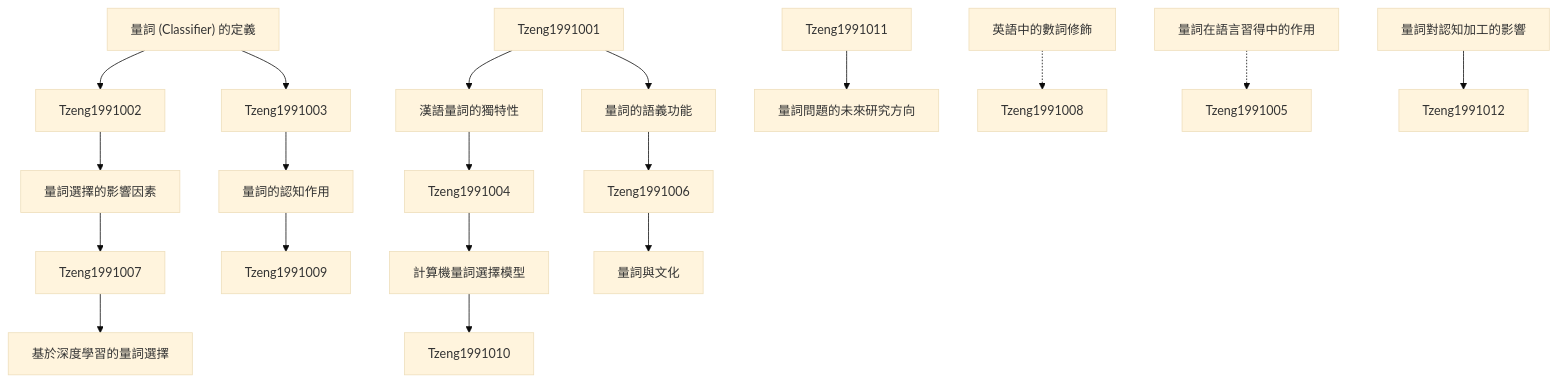
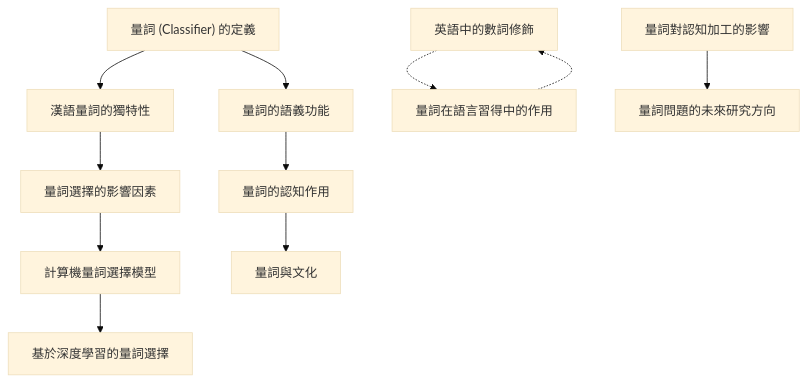
The diagram in output/zettelkasten_notes/zettel_Tzeng-1991_20251104/zettel_index.md (SCgeeker/Claude_Journal_Club_Agents), drawn with Mermaid (base theme) before and after one commit. The commit also changed 776 other files, not shown here.

````diff
--- a/output/zettelkasten_notes/zettel_Tzeng-1991_20251104/zettel_index.md
+++ b/output/zettelkasten_notes/zettel_Tzeng-1991_20251104/zettel_index.md
@@ -92,64 +92,54 @@
 ```mermaid
 graph TD
 
     Tzeng-1991-001["量詞 (Classifier) 的定義"]
 
     Tzeng-1991-002["漢語量詞的獨特性"]
 
     Tzeng-1991-003["量詞的語義功能"]
 
     Tzeng-1991-004["量詞選擇的影響因素"]
 
     Tzeng-1991-005["英語中的數詞修飾"]
 
     Tzeng-1991-006["量詞的認知作用"]
 
     Tzeng-1991-007["計算機量詞選擇模型"]
 
     Tzeng-1991-008["量詞在語言習得中的作用"]
 
     Tzeng-1991-009["量詞與文化"]
 
     Tzeng-1991-010["基於深度學習的量詞選擇"]
 
     Tzeng-1991-011["量詞對認知加工的影響"]
 
     Tzeng-1991-012["量詞問題的未來研究方向"]
 
-    Tzeng-1991-001 --> Tzeng1991002
+    Tzeng-1991-001 --> Tzeng-1991-002
 
-    Tzeng-1991-001 --> Tzeng1991003
+    Tzeng-1991-001 --> Tzeng-1991-003
 
-    Tzeng1991001 --> Tzeng-1991-002
 
-    Tzeng-1991-002 --> Tzeng1991004
+    Tzeng-1991-002 --> Tzeng-1991-004
 
-    Tzeng1991001 --> Tzeng-1991-003
 
-    Tzeng-1991-003 --> Tzeng1991006
+    Tzeng-1991-003 --> Tzeng-1991-006
 
-    Tzeng1991002 --> Tzeng-1991-004
 
-    Tzeng-1991-004 --> Tzeng1991007
+    Tzeng-1991-004 --> Tzeng-1991-007
 
-    Tzeng-1991-005 -.-> Tzeng1991008
+    Tzeng-1991-005 -.-> Tzeng-1991-008
 
-    Tzeng1991003 --> Tzeng-1991-006
 
-    Tzeng-1991-006 --> Tzeng1991009
+    Tzeng-1991-006 --> Tzeng-1991-009
 
-    Tzeng1991004 --> Tzeng-1991-007
 
-    Tzeng-1991-007 --> Tzeng1991010
+    Tzeng-1991-007 --> Tzeng-1991-010
 
-    Tzeng-1991-008 -.-> Tzeng1991005
+    Tzeng-1991-008 -.-> Tzeng-1991-005
 
-    Tzeng1991006 --> Tzeng-1991-009
+    Tzeng-1991-011 --> Tzeng-1991-012
 
-    Tzeng1991007 --> Tzeng-1991-010
-
-    Tzeng-1991-011 --> Tzeng1991012
-
-    Tzeng1991011 --> Tzeng-1991-012
 
 ```
````
